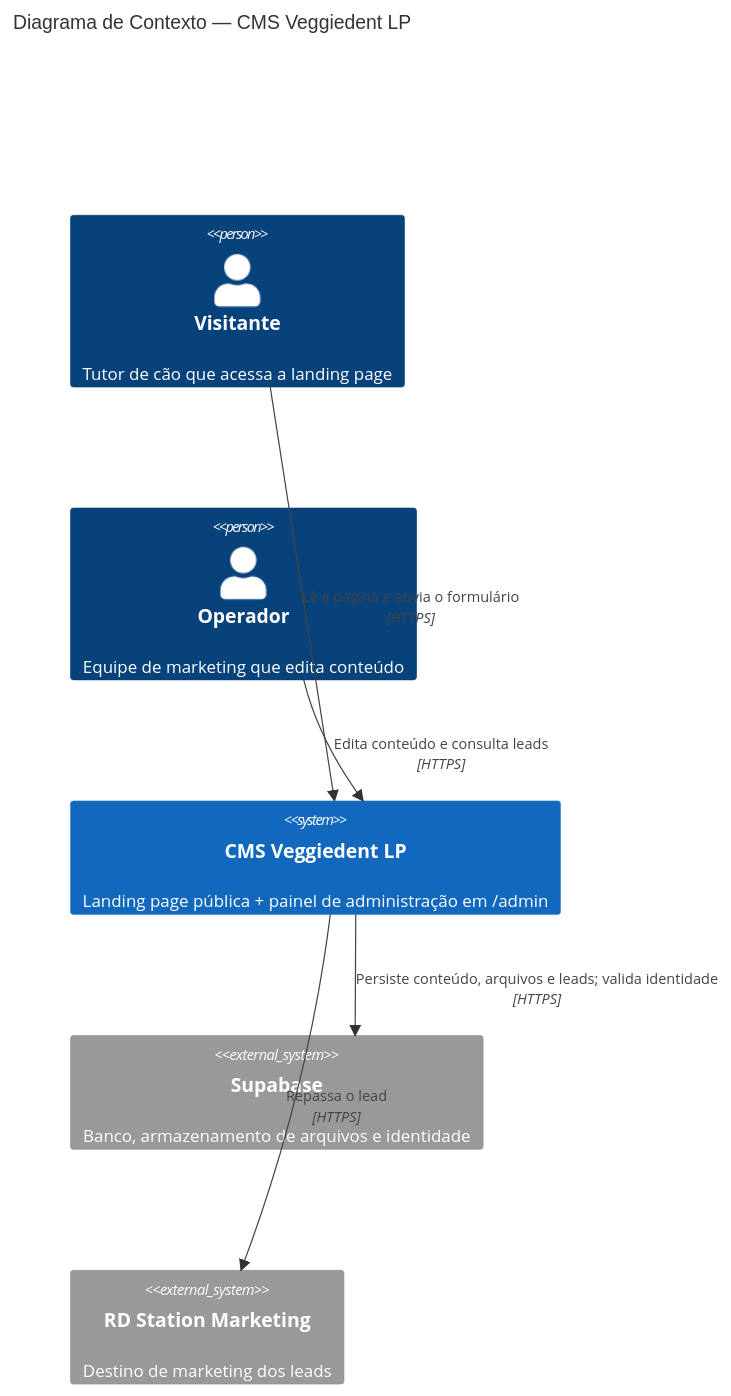
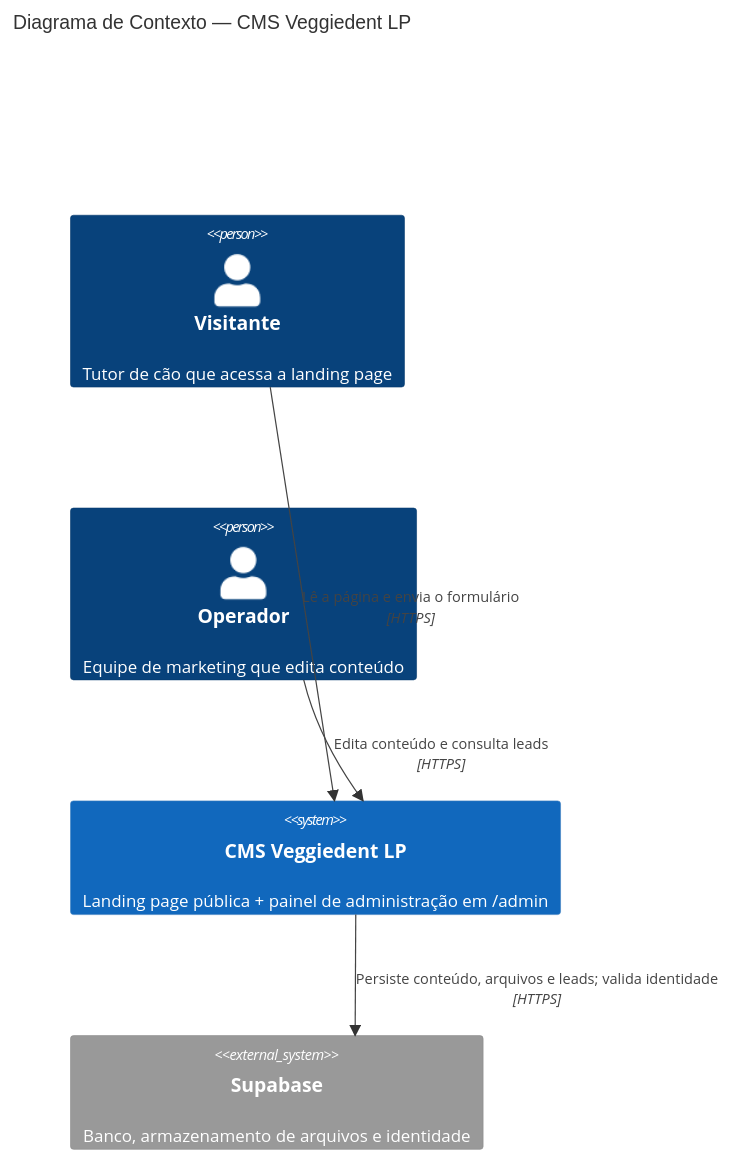
Before and after one commit to aiOpsDuo/veggiedent-lp: the first of 2 diagrams in agent_context/SDD.md, drawn with Mermaid. The commit also changed other lines of this file and 3 other files, not shown here.

First line of the commit message:
docs(contexto): registra a saida do RD Station e o CMS como unico registro do lead

````diff
--- a/agent_context/SDD.md
+++ b/agent_context/SDD.md
@@ -139,13 +139,11 @@
 ```mermaid
 C4Context
   title Diagrama de Contexto — CMS Veggiedent LP
   Person(visitante, "Visitante", "Tutor de cão que acessa a landing page")
   Person(operador, "Operador", "Equipe de marketing que edita conteúdo")
   System(cms, "CMS Veggiedent LP", "Landing page pública + painel de administração em /admin")
   System_Ext(supabase, "Supabase", "Banco, armazenamento de arquivos e identidade")
-  System_Ext(rdstation, "RD Station Marketing", "Destino de marketing dos leads")
   Rel(visitante, cms, "Lê a página e envia o formulário", "HTTPS")
   Rel(operador, cms, "Edita conteúdo e consulta leads", "HTTPS")
   Rel(cms, supabase, "Persiste conteúdo, arquivos e leads; valida identidade", "HTTPS")
-  Rel(cms, rdstation, "Repassa o lead", "HTTPS")
 ```
````
